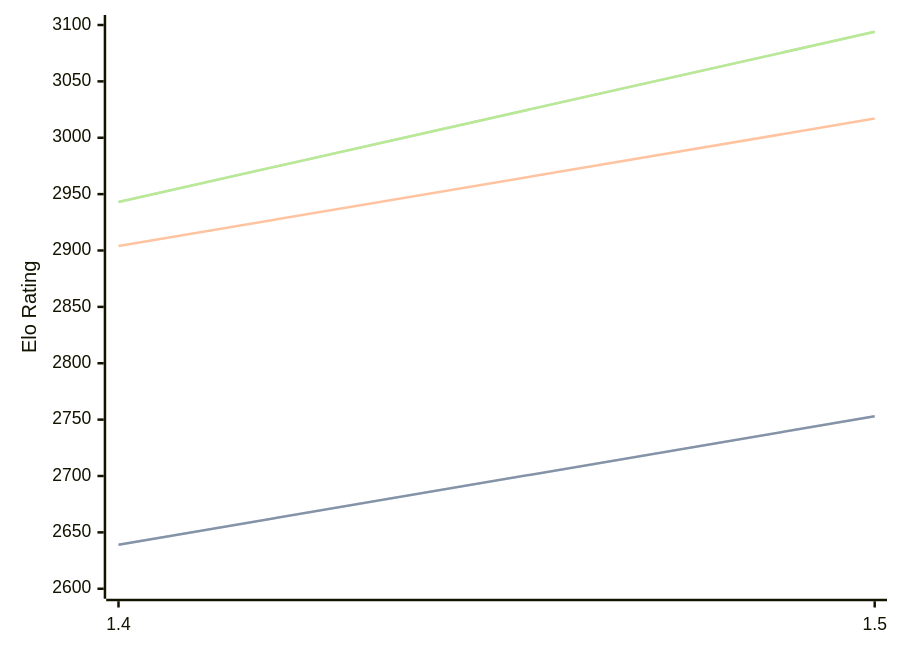
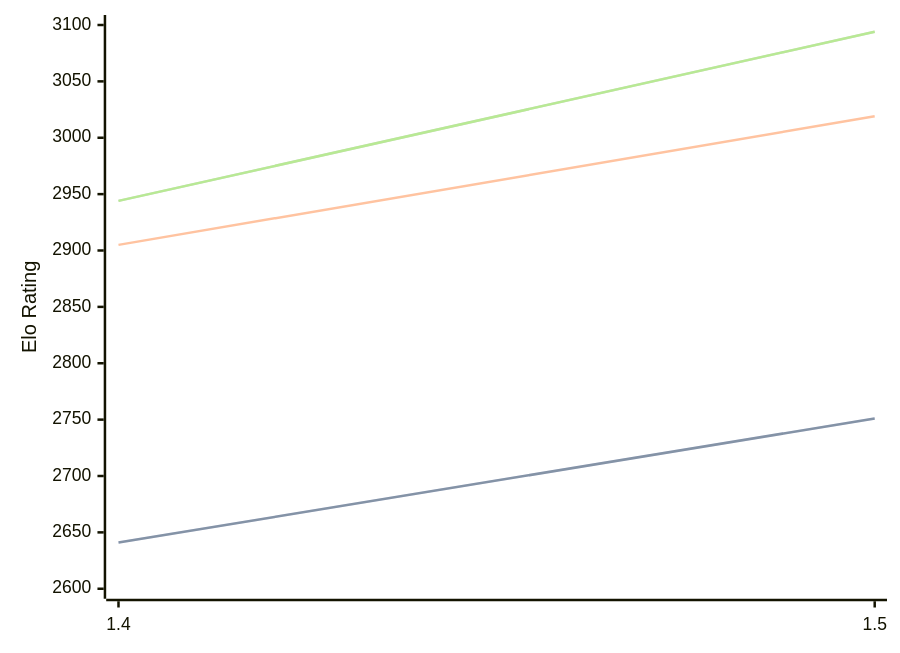
The first of 3 diagrams in engines/Yakka.md (computer-chess-index/cci), drawn with Mermaid before and after one commit. The commit also changed other lines of this file, not shown here.

Commit message:
Update CCI Ratings (ELO VLTC) - 2026-06-16

````diff
--- a/engines/Yakka.md
+++ b/engines/Yakka.md
@@ -36,11 +36,11 @@
 ```mermaid
 %%{init: {"theme":"base","themeVariables":{"seriesColors:['#a3a3a3','#222221','#faa371']}}}%%
 xychart-beta
   x-axis ["1.4", "1.5"]
   y-axis "Elo Rating" 2600 --> 3100
-  line "STC (8.0+0.08s)" [2639, 2753]
-  line "STC (8.0+0.08s)" [2639, 2753]
-  line "LTC (60.0+0.60s)" [2904, 3017]
-  line "VLTC (2m24s+1.12s)" [2943, 3094]
-  line "VLTC (2m24s+1.12s)" [2943, 3094]
+  line "STC (8.0+0.08s)" [2641, 2751]
+  line "STC (8.0+0.08s)" [2641, 2751]
+  line "LTC (60.0+0.60s)" [2905, 3019]
+  line "VLTC (2m24s+1.12s)" [2944, 3094]
+  line "VLTC (2m24s+1.12s)" [2944, 3094]
 ```
````
